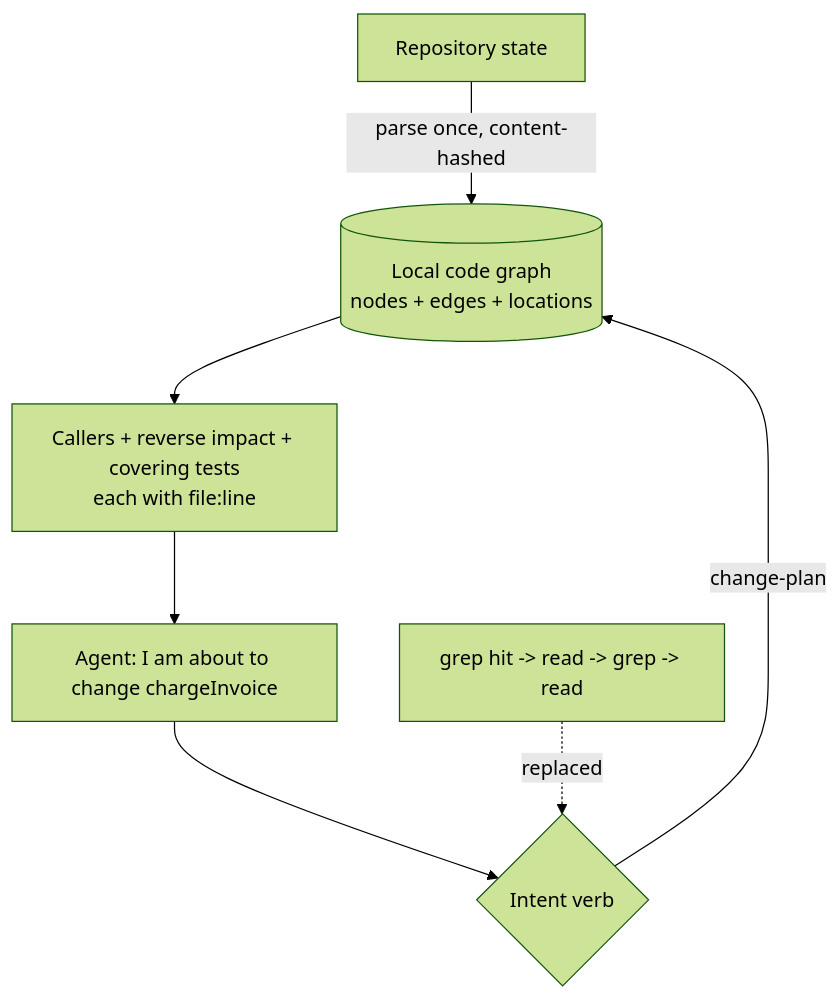
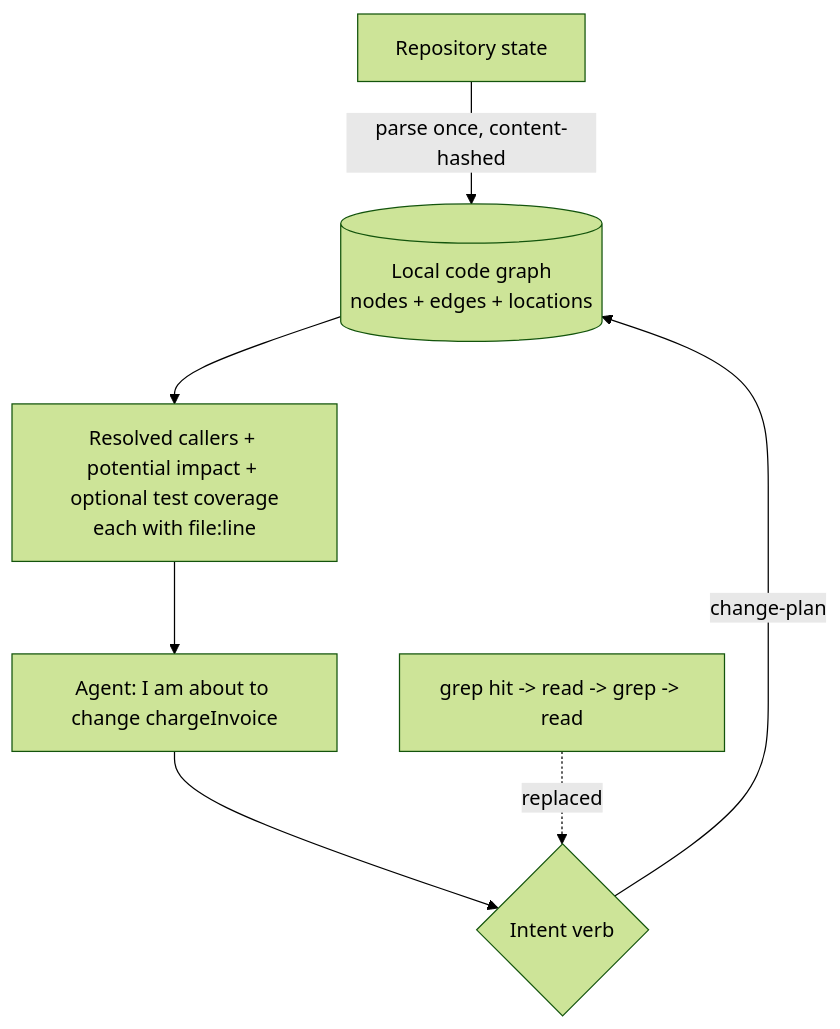
The diagram in patterns/precomputed-code-graph-lookup.md (nibzard/awesome-agentic-patterns), drawn with Mermaid (forest theme) before and after one commit. The commit also changed other lines of this file and 11 other files, not shown here.

Commit message:
Scope code graph answers and make test coverage provenance explicit

````diff
--- a/patterns/precomputed-code-graph-lookup.md
+++ b/patterns/precomputed-code-graph-lookup.md
@@ -42,9 +42,9 @@
 ```mermaid
 graph TD
     A[Repository state] -->|parse once, content-hashed| B[(Local code graph<br/>nodes + edges + locations)]
     C[Agent: I am about to change chargeInvoice] --> D{Intent verb}
     D -->|change-plan| B
-    B --> E[Callers + reverse impact + covering tests<br/>each with file:line]
+    B --> E[Resolved callers + potential impact + optional test coverage<br/>each with file:line]
     E --> C
     F[grep hit -> read -> grep -> read] -.->|replaced| D
 ```
````
